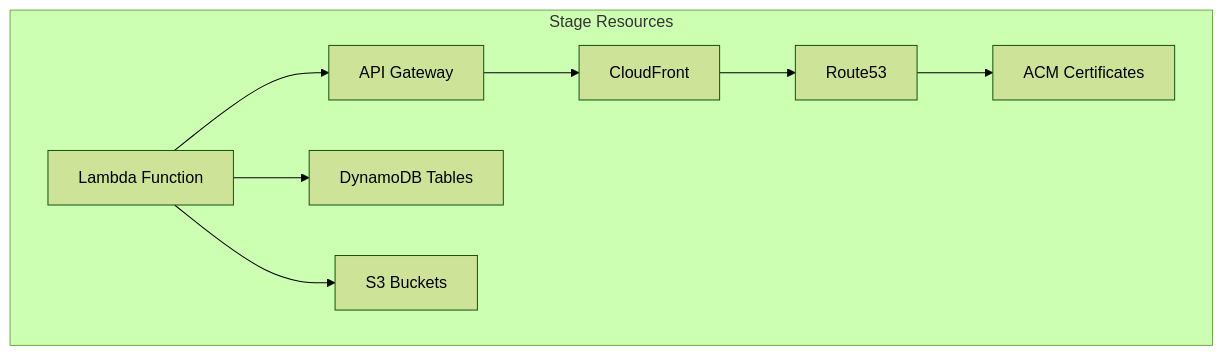
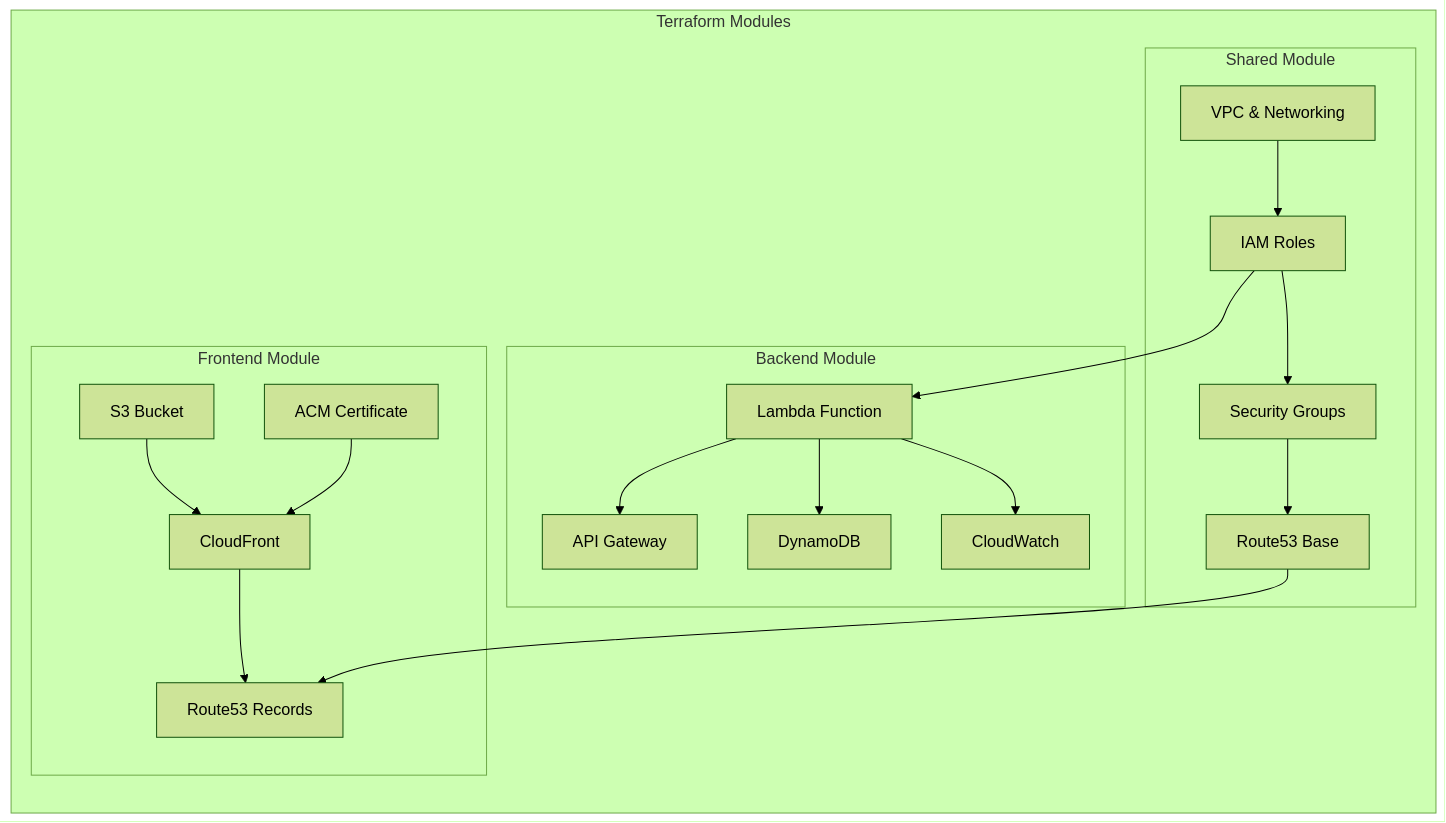
The first of 6 diagrams in docs/development/codebase_summary.md (djm81/ai-wizard), drawn with Mermaid (forest theme) before and after one commit. The commit also changed other lines of this file and 18 other files, not shown here.

````diff
--- a/docs/development/codebase_summary.md
+++ b/docs/development/codebase_summary.md
@@ -42,11 +6,39 @@
 ```mermaid
 graph TB
-    subgraph "Stage Resources"
-        A[Lambda Function] --> B[API Gateway]
-        A --> C[DynamoDB Tables]
-        A --> D[S3 Buckets]
-        B --> E[CloudFront]
-        E --> F[Route53]
-        F --> G[ACM Certificates]
+    subgraph "Terraform Modules"
+        direction TB
+        
+        subgraph "Shared Module"
+            S1[VPC & Networking]
+            S2[IAM Roles]
+            S3[Security Groups]
+            S4[Route53 Base]
+            S1 --> S2
+            S2 --> S3
+            S3 --> S4
+        end
+
+        subgraph "Backend Module"
+            B1[Lambda Function]
+            B2[API Gateway]
+            B3[DynamoDB]
+            B4[CloudWatch]
+            B1 --> B2
+            B1 --> B3
+            B1 --> B4
+        end
+
+        subgraph "Frontend Module"
+            F1[S3 Bucket]
+            F2[CloudFront]
+            F3[Route53 Records]
+            F4[ACM Certificate]
+            F1 --> F2
+            F2 --> F3
+            F4 --> F2
+        end
+
+        S4 --> F3
+        S2 --> B1
     end
 ```
````
